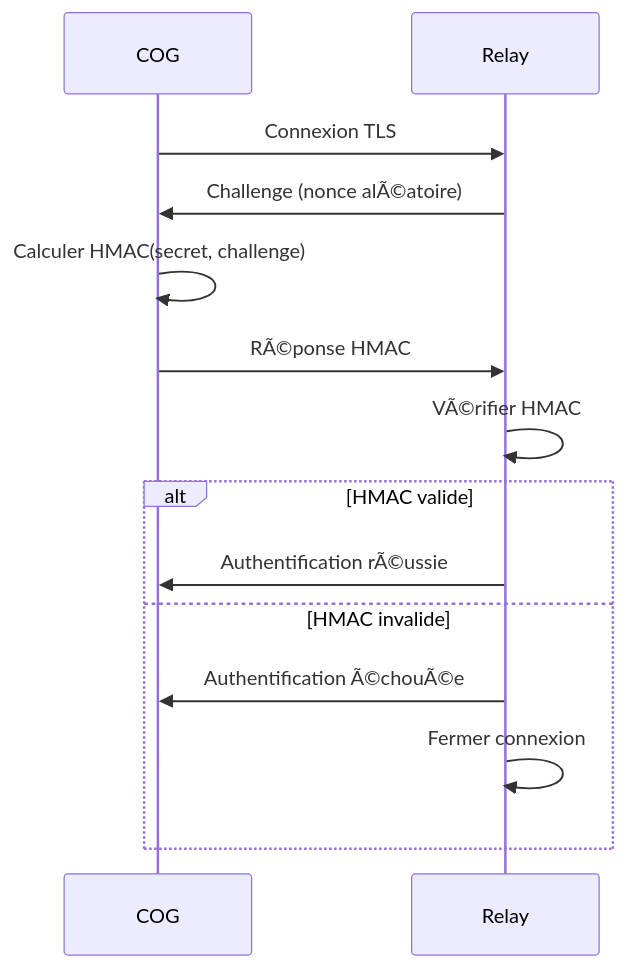
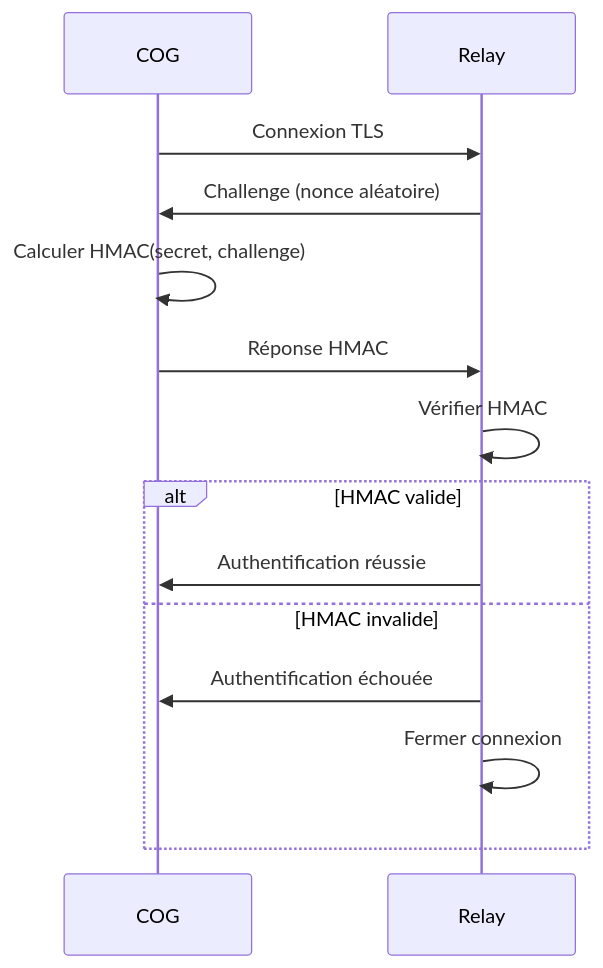
The second of 3 diagrams in docs/miyukini-webway-system/securite/MWS - Chiffrement et TLS.md (StudioMiyukini/miyukini_cog), drawn with Mermaid before and after one commit. The commit also changed other lines of this file and 564 other files, not shown here.

````diff
--- a/docs/miyukini-webway-system/securite/MWS - Chiffrement et TLS.md
+++ b/docs/miyukini-webway-system/securite/MWS - Chiffrement et TLS.md
@@ -227,17 +227,17 @@
 ```mermaid
 sequenceDiagram
     participant COG as COG
     participant R as Relay
 
     COG->>R: Connexion TLS
-    R->>COG: Challenge (nonce alÃ©atoire)
+    R->>COG: Challenge (nonce aléatoire)
     COG->>COG: Calculer HMAC(secret, challenge)
-    COG->>R: RÃ©ponse HMAC
-    R->>R: VÃ©rifier HMAC
+    COG->>R: Réponse HMAC
+    R->>R: Vérifier HMAC
     alt HMAC valide
-        R->>COG: Authentification rÃ©ussie
+        R->>COG: Authentification réussie
     else HMAC invalide
-        R->>COG: Authentification Ã©chouÃ©e
+        R->>COG: Authentification échouée
         R->>R: Fermer connexion
     end
 ```
````
